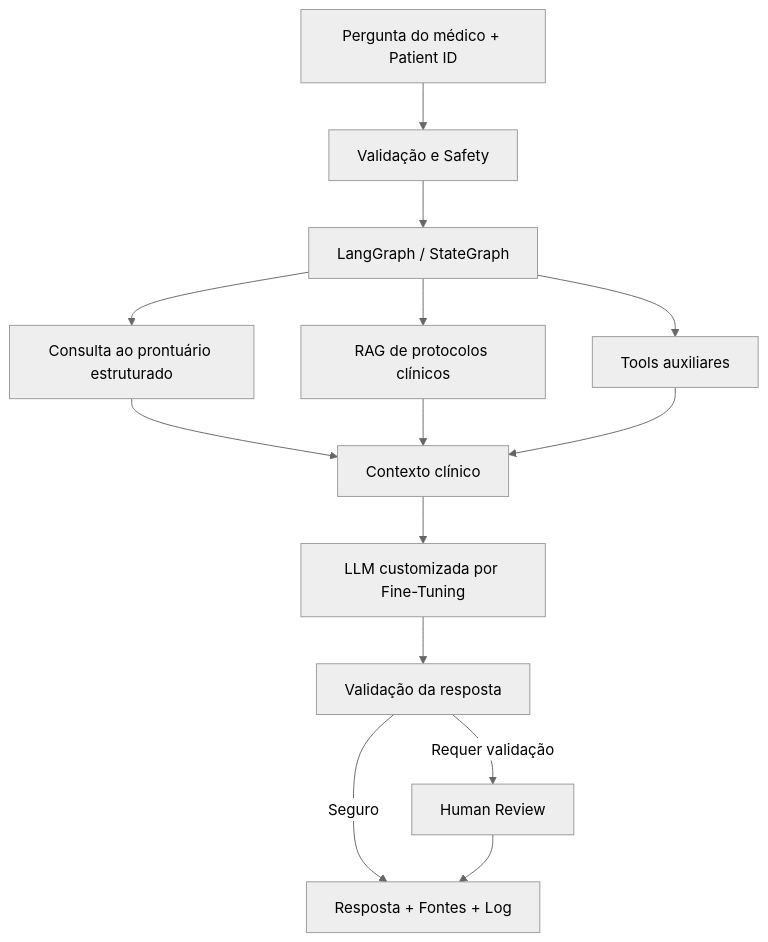
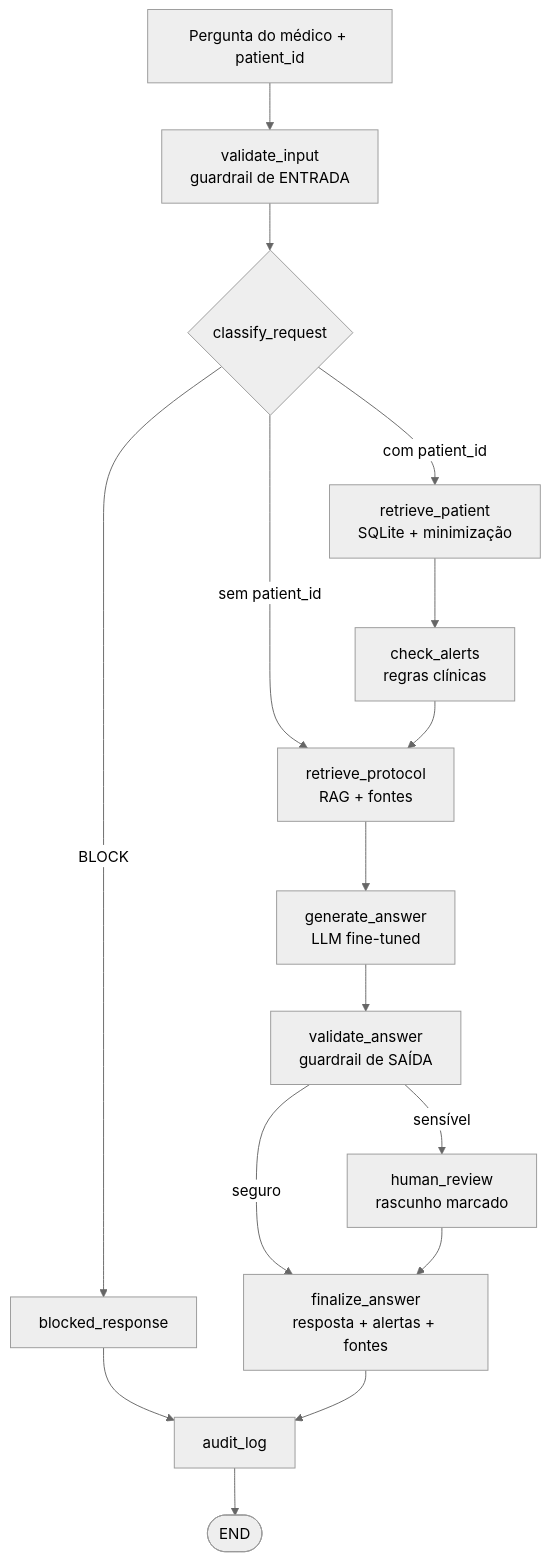
The diagram in README.md (NirtonAfonso/tech-challenge-fase3-medflow-ai), drawn with Mermaid (neutral theme) before and after one commit. The commit also changed other lines of this file and 10 other files, not shown here.

````diff
--- a/README.md
+++ b/README.md
@@ -22,16 +67,18 @@
 ```mermaid
 flowchart TD
-    A[Pergunta do médico + Patient ID] --> B[Validação e Safety]
-    B --> C[LangGraph / StateGraph]
-    C --> D[Consulta ao prontuário estruturado]
-    C --> E[RAG de protocolos clínicos]
-    C --> F[Tools auxiliares]
-    D --> G[Contexto clínico]
-    E --> G
-    F --> G
-    G --> H[LLM customizada por Fine-Tuning]
-    H --> I[Validação da resposta]
-    I -->|Seguro| J[Resposta + Fontes + Log]
-    I -->|Requer validação| K[Human Review]
-    K --> J
+    A["Pergunta do médico + patient_id"] --> B[validate_input<br/>guardrail de ENTRADA]
+    B --> C{classify_request}
+    C -->|BLOCK| K[blocked_response]
+    C -->|com patient_id| D[retrieve_patient<br/>SQLite + minimização]
+    C -->|sem patient_id| F[retrieve_protocol<br/>RAG + fontes]
+    D --> E[check_alerts<br/>regras clínicas]
+    E --> F
+    F --> G[generate_answer<br/>LLM fine-tuned]
+    G --> H[validate_answer<br/>guardrail de SAÍDA]
+    H -->|seguro| J[finalize_answer<br/>resposta + alertas + fontes]
+    H -->|sensível| I[human_review<br/>rascunho marcado]
+    I --> J
+    K --> L[audit_log]
+    J --> L
+    L --> M([END])
 ```
````
